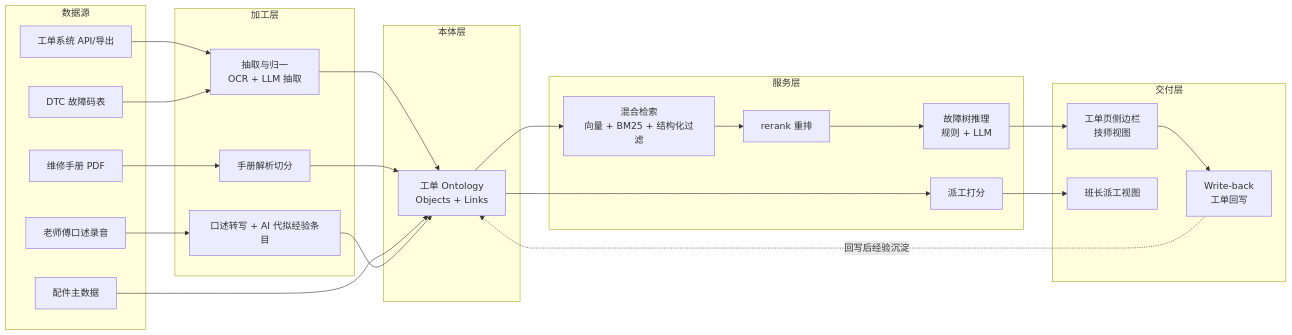
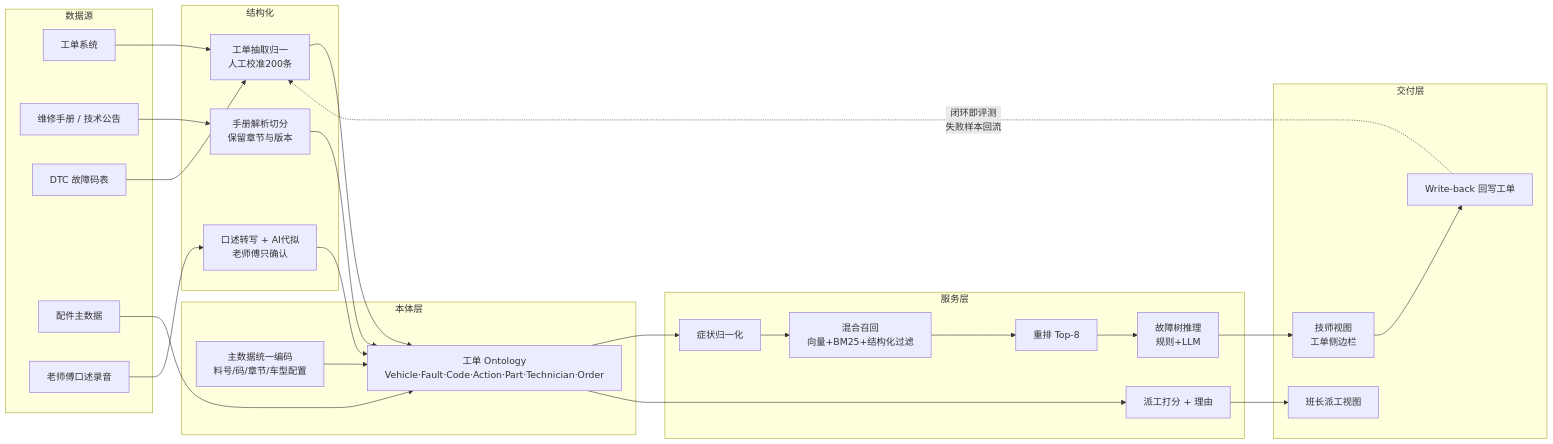
Before and after one commit to yhyu13/FDE20261023: the diagram in problems/01-申沃客车-现场报修协同.md, drawn with Mermaid. The commit also changed other lines of this file and 10 other files, not shown here.

````diff
--- a/problems/01-申沃客车-现场报修协同.md
+++ b/problems/01-申沃客车-现场报修协同.md
@@ -146,43 +157,46 @@
 ```mermaid
 flowchart LR
   subgraph 数据源
-    D1[工单系统 API/导出]
-    D2[维修手册 PDF]
+    D1[工单系统]
+    D2[维修手册 / 技术公告]
     D3[DTC 故障码表]
     D4[配件主数据]
     D5[老师傅口述录音]
   end
 
-  subgraph 加工层
-    E1[抽取与归一<br/>OCR + LLM 抽取]
-    E2[手册解析切分]
-    E3[口述转写 + AI 代拟经验条目]
+  subgraph 结构化
+    E1[工单抽取归一<br/>人工校准200条]
+    E2[手册解析切分<br/>保留章节与版本]
+    E3[口述转写 + AI代拟<br/>老师傅只确认]
   end
 
   subgraph 本体层
-    O1[工单 Ontology<br/>Objects + Links]
+    O1[工单 Ontology<br/>Vehicle·Fault·Code·Action·Part·Technician·Order]
+    O2[主数据统一编码<br/>料号/码/章节/车型配置]
   end
 
   subgraph 服务层
-    S1[混合检索<br/>向量 + BM25 + 结构化过滤]
-    S2[rerank 重排]
-    S3[故障树推理<br/>规则 + LLM]
-    S4[派工打分]
+    S1[症状归一化]
+    S2[混合召回<br/>向量+BM25+结构化过滤]
+    S3[重排 Top-8]
+    S4[故障树推理<br/>规则+LLM]
+    S5[派工打分 + 理由]
   end
 
   subgraph 交付层
-    U1[工单页侧边栏<br/>技师视图]
+    U1[技师视图<br/>工单侧边栏]
     U2[班长派工视图]
-    U3[Write-back<br/>工单回写]
+    U3[Write-back 回写工单]
   end
 
   D1 --> E1 --> O1
   D2 --> E2 --> O1
   D3 --> E1
   D4 --> O1
   D5 --> E3 --> O1
-  O1 --> S1 --> S2 --> S3 --> U1
-  O1 --> S4 --> U2
+  O2 --> O1
+  O1 --> S1 --> S2 --> S3 --> S4 --> U1
+  O1 --> S5 --> U2
   U1 --> U3
-  U3 -.回写后经验沉淀.-> O1
+  U3 -.闭环即评测<br/>失败样本回流.-> E1
 ```
````
